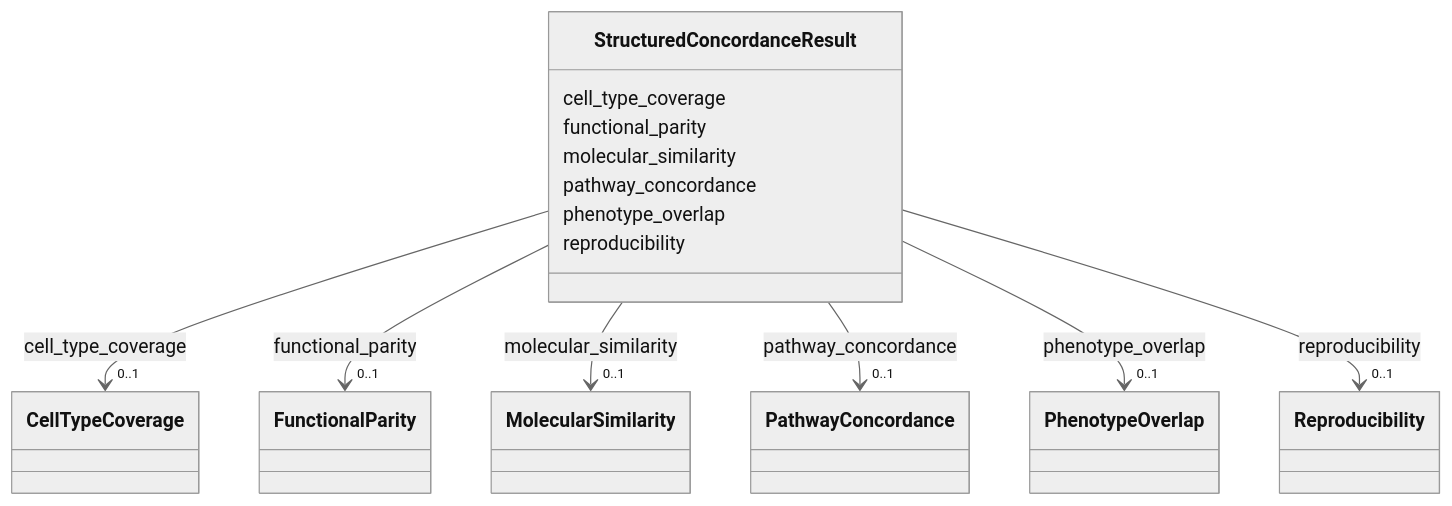
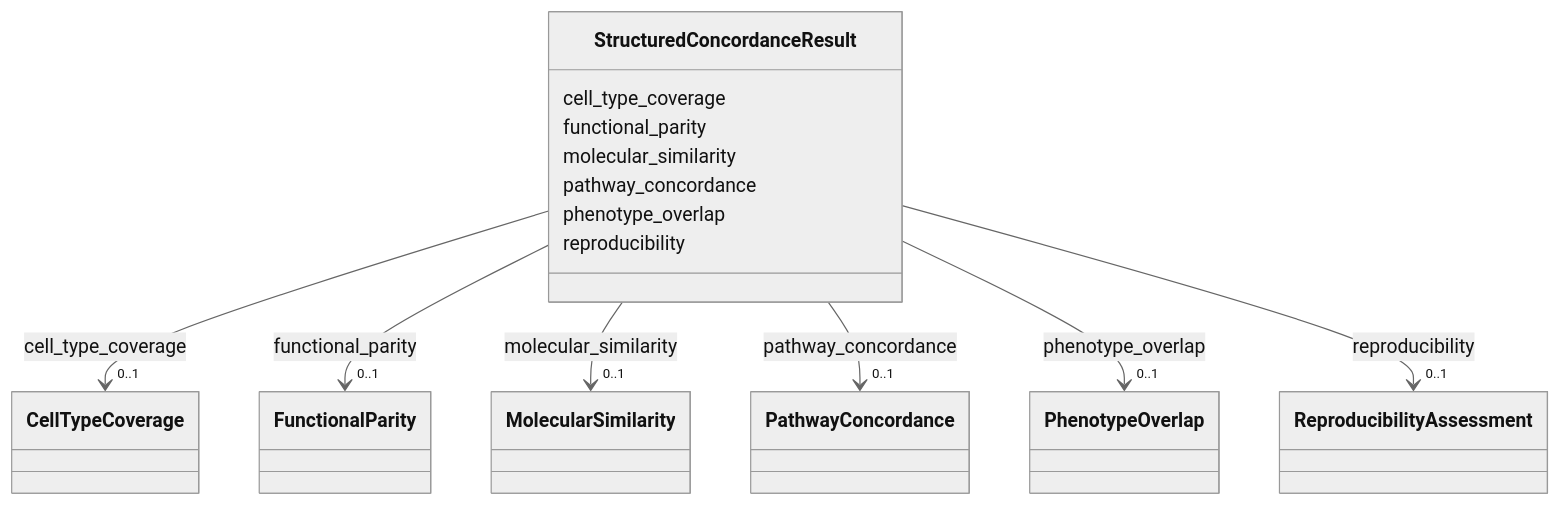
The diagram in docs/elements/StructuredConcordanceResult.md (monarch-initiative/namo), drawn with Mermaid (neutral theme) before and after one commit. The commit also changed other lines of this file and 84 other files, not shown here.

First line of the commit message:
Rename the Reproducibility class to ReproducibilityAssessment

````diff
--- a/docs/elements/StructuredConcordanceResult.md
+++ b/docs/elements/StructuredConcordanceResult.md
@@ -23,72 +23,72 @@
 ```mermaid
  classDiagram
     class StructuredConcordanceResult
     click StructuredConcordanceResult href "../StructuredConcordanceResult/"
       StructuredConcordanceResult : cell_type_coverage
         
           
     
         
         
         StructuredConcordanceResult --> "0..1" CellTypeCoverage : cell_type_coverage
         click CellTypeCoverage href "../CellTypeCoverage/"
     
 
         
       StructuredConcordanceResult : functional_parity
         
           
     
         
         
         StructuredConcordanceResult --> "0..1" FunctionalParity : functional_parity
         click FunctionalParity href "../FunctionalParity/"
     
 
         
       StructuredConcordanceResult : molecular_similarity
         
           
     
         
         
         StructuredConcordanceResult --> "0..1" MolecularSimilarity : molecular_similarity
         click MolecularSimilarity href "../MolecularSimilarity/"
     
 
         
       StructuredConcordanceResult : pathway_concordance
         
           
     
         
         
         StructuredConcordanceResult --> "0..1" PathwayConcordance : pathway_concordance
         click PathwayConcordance href "../PathwayConcordance/"
     
 
         
       StructuredConcordanceResult : phenotype_overlap
         
           
     
         
         
         StructuredConcordanceResult --> "0..1" PhenotypeOverlap : phenotype_overlap
         click PhenotypeOverlap href "../PhenotypeOverlap/"
     
 
         
       StructuredConcordanceResult : reproducibility
         
           
     
         
         
-        StructuredConcordanceResult --> "0..1" Reproducibility : reproducibility
-        click Reproducibility href "../Reproducibility/"
+        StructuredConcordanceResult --> "0..1" ReproducibilityAssessment : reproducibility
+        click ReproducibilityAssessment href "../ReproducibilityAssessment/"
     
 
         
       
 ```
````
